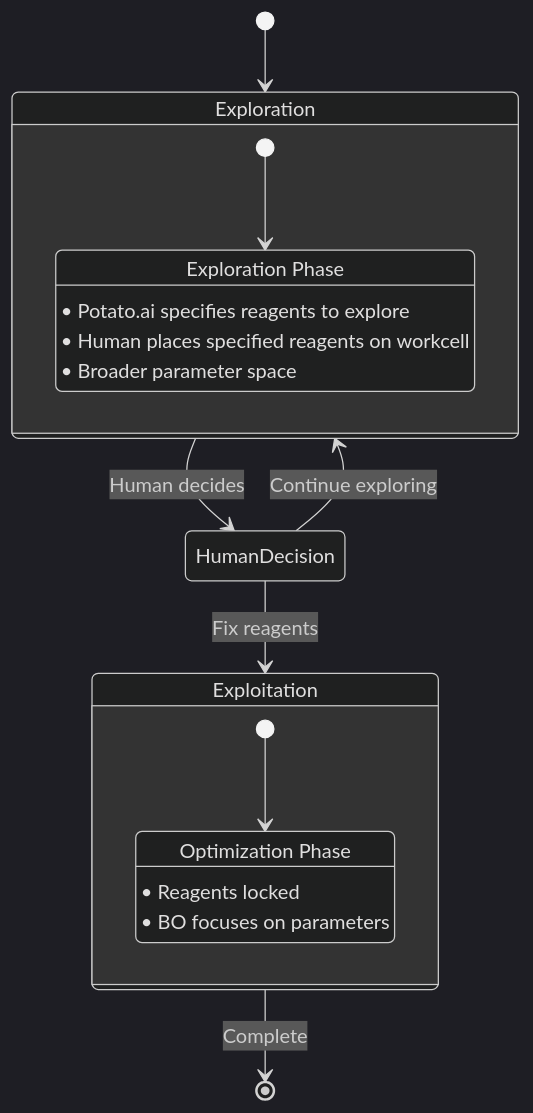
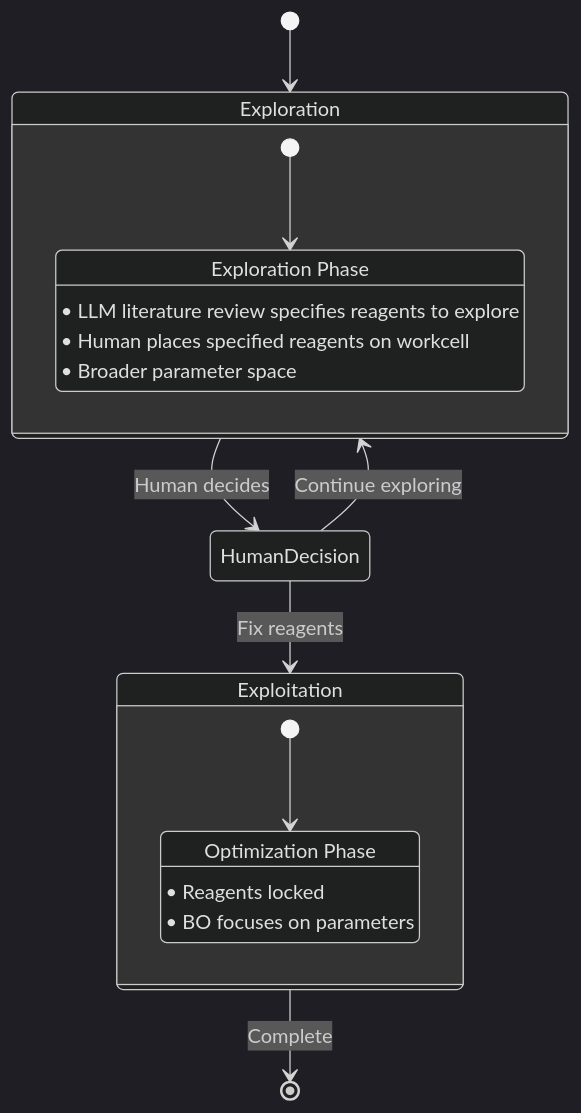
One commit to srustisain/closed-loop-ai-scientist-cell-culture-workcell changed the fourth of 5 diagrams in SYSTEM_ARCHITECTURE.md. Above: the diagram before and after it, drawn with Mermaid (dark theme). The commit also changed other lines of this file and 1 other file, not shown here.

````diff
--- a/SYSTEM_ARCHITECTURE.md
+++ b/SYSTEM_ARCHITECTURE.md
@@ -312,25 +313,25 @@
 ```mermaid
 stateDiagram
     [*] --> Exploration
     
     state Exploration {
-        [*] --> PotatoGuided
-        PotatoGuided: Exploration Phase
-        PotatoGuided: • Potato.ai specifies reagents to explore
-        PotatoGuided: • Human places specified reagents on workcell
-        PotatoGuided: • Broader parameter space
+        [*] --> LiteratureGuided
+        LiteratureGuided: Exploration Phase
+        LiteratureGuided: • LLM literature review specifies reagents to explore
+        LiteratureGuided: • Human places specified reagents on workcell
+        LiteratureGuided: • Broader parameter space
     }
     
     Exploration --> HumanDecision: Human decides
     HumanDecision --> Exploitation: Fix reagents
     HumanDecision --> Exploration: Continue exploring
     
     state Exploitation {
         [*] --> FixedReagents
         FixedReagents: Optimization Phase
         FixedReagents: • Reagents locked
         FixedReagents: • BO focuses on parameters
     }
     
     Exploitation --> [*]: Complete
 ```
````
